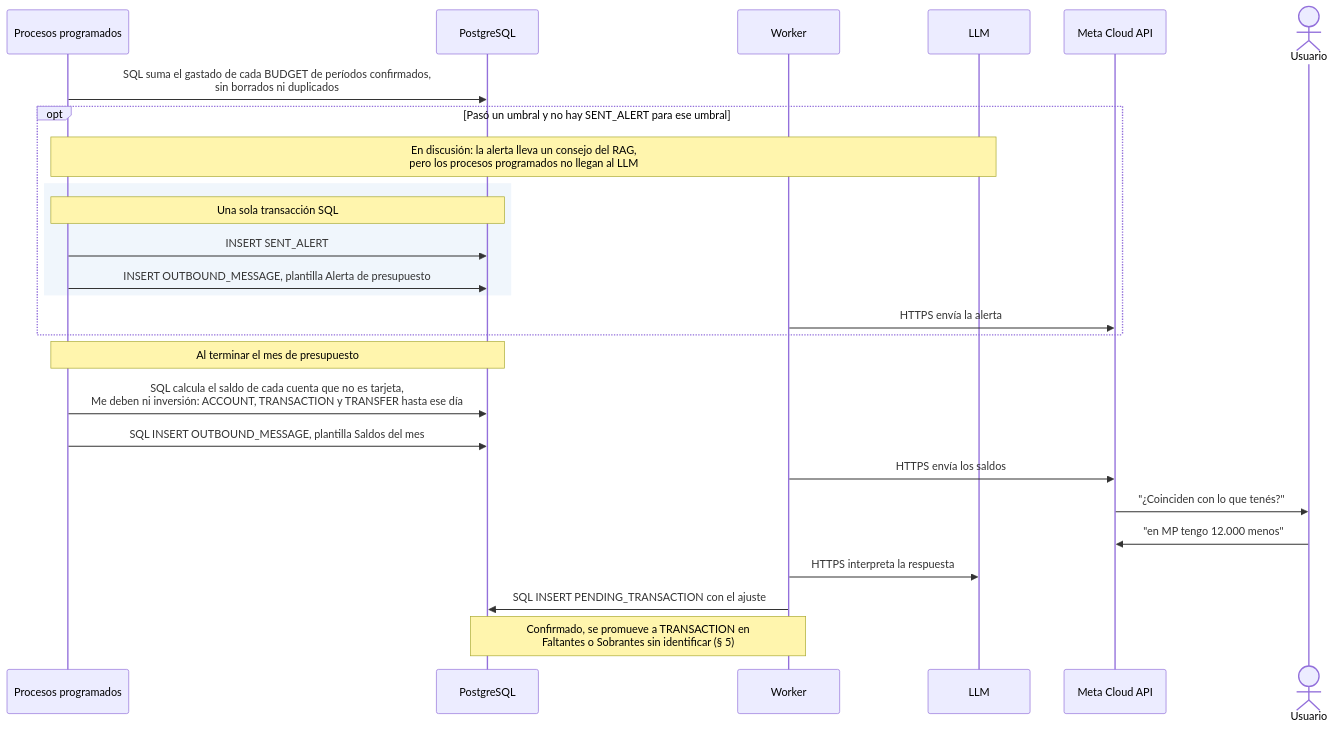
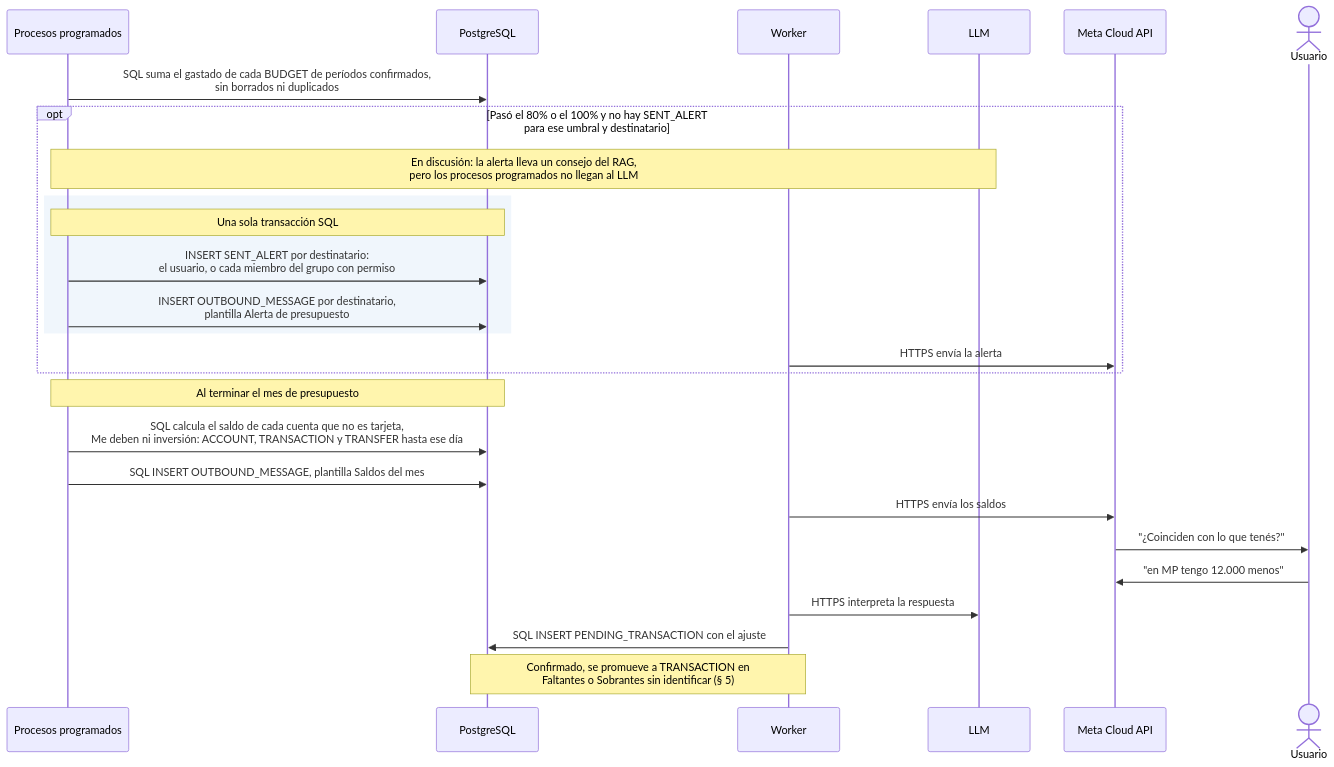
Before and after one commit to verozacarias-prog/AI4Devs-finalproject: the seventh of 11 diagrams in docs/recorrido-completo.md, drawn with Mermaid. The commit also changed 5 other files, not shown here.

First line of the commit message:
docs: alertar al 80% y al 100% del tope, a cada miembro del presupuesto

````diff
--- a/docs/recorrido-completo.md
+++ b/docs/recorrido-completo.md
@@ -309,29 +309,29 @@
 ```mermaid
 sequenceDiagram
     participant S as Procesos programados
     participant DB as PostgreSQL
     participant W as Worker
     participant L as LLM
     participant M as Meta Cloud API
     actor U as Usuario
 
     S->>DB: SQL suma el gastado de cada BUDGET de períodos confirmados,<br/>sin borrados ni duplicados
-    opt Pasó un umbral y no hay SENT_ALERT para ese umbral
+    opt Pasó el 80% o el 100% y no hay SENT_ALERT<br/>para ese umbral y destinatario
         Note over S,L: En discusión: la alerta lleva un consejo del RAG,<br/>pero los procesos programados no llegan al LLM
         rect rgb(240, 246, 252)
             Note over S,DB: Una sola transacción SQL
-            S->>DB: INSERT SENT_ALERT
-            S->>DB: INSERT OUTBOUND_MESSAGE, plantilla Alerta de presupuesto
+            S->>DB: INSERT SENT_ALERT por destinatario:<br/>el usuario, o cada miembro del grupo con permiso
+            S->>DB: INSERT OUTBOUND_MESSAGE por destinatario,<br/>plantilla Alerta de presupuesto
         end
         W->>M: HTTPS envía la alerta
     end
     Note over S,DB: Al terminar el mes de presupuesto
     S->>DB: SQL calcula el saldo de cada cuenta que no es tarjeta,<br/>Me deben ni inversión: ACCOUNT, TRANSACTION y TRANSFER hasta ese día
     S->>DB: SQL INSERT OUTBOUND_MESSAGE, plantilla Saldos del mes
     W->>M: HTTPS envía los saldos
     M->>U: "¿Coinciden con lo que tenés?"
     U->>M: "en MP tengo 12.000 menos"
     W->>L: HTTPS interpreta la respuesta
     W->>DB: SQL INSERT PENDING_TRANSACTION con el ajuste
     Note over W,DB: Confirmado, se promueve a TRANSACTION en<br/>Faltantes o Sobrantes sin identificar (§ 5)
 ```
````
